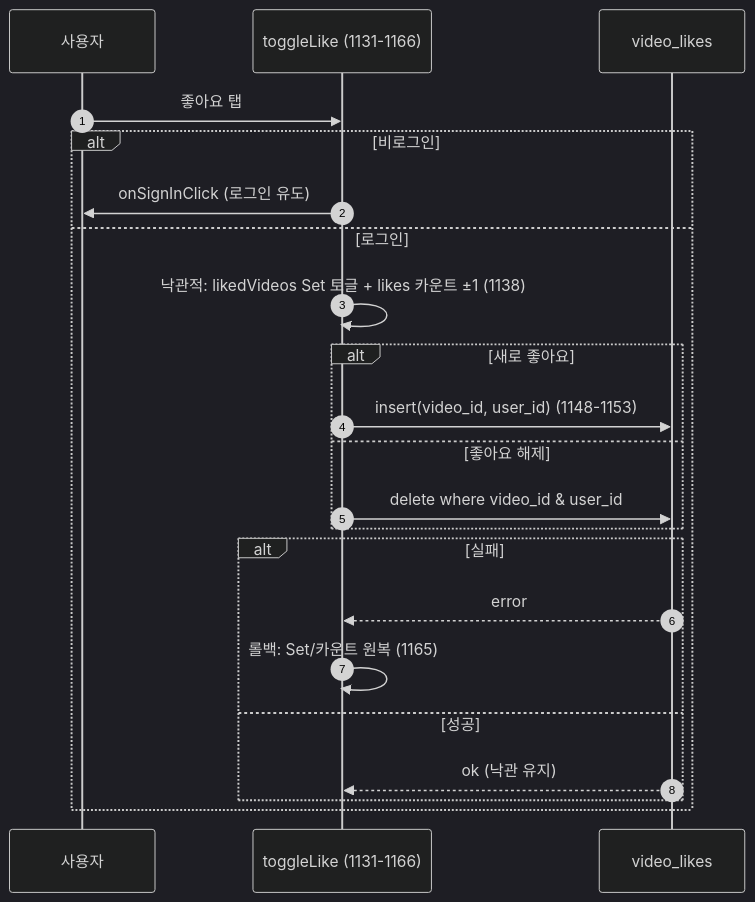
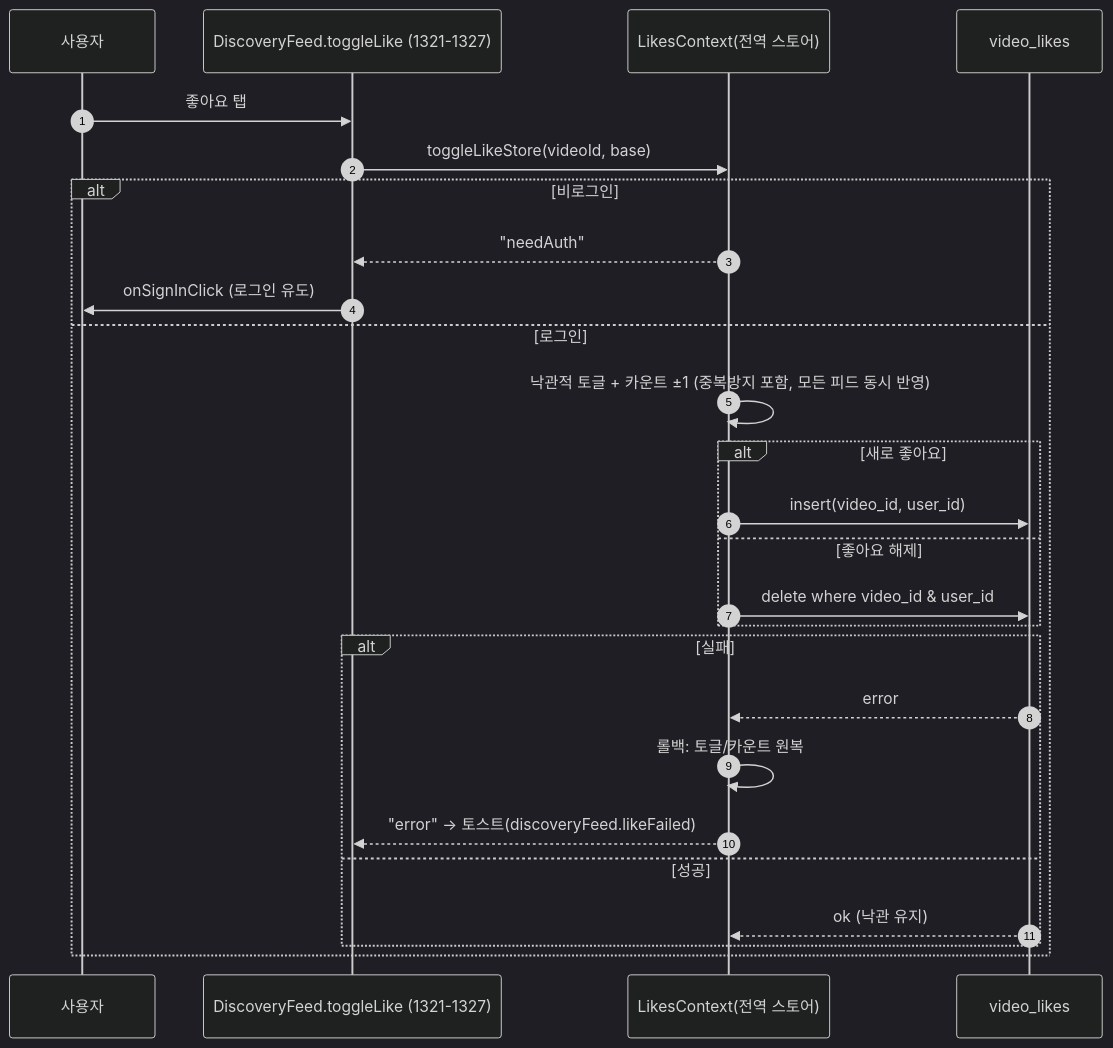
Before and after one commit to crebiz-commits/ai-v-market: the sixth of 6 diagrams in docs/prd/02-home-feed.md, drawn with Mermaid (dark theme). The commit also changed other lines of this file and 10 other files, not shown here.

````diff
--- a/docs/prd/02-home-feed.md
+++ b/docs/prd/02-home-feed.md
@@ -542,25 +560,29 @@
 ```mermaid
 sequenceDiagram
     autonumber
     participant U as 사용자
-    participant DF as toggleLike (1131-1166)
+    participant DF as DiscoveryFeed.toggleLike (1321-1327)
+    participant LC as LikesContext(전역 스토어)
     participant SB as video_likes
 
     U->>DF: 좋아요 탭
+    DF->>LC: toggleLikeStore(videoId, base)
     alt 비로그인
+        LC-->>DF: "needAuth"
         DF->>U: onSignInClick (로그인 유도)
     else 로그인
-        DF->>DF: 낙관적: likedVideos Set 토글 + likes 카운트 ±1 (1138)
+        LC->>LC: 낙관적 토글 + 카운트 ±1 (중복방지 포함, 모든 피드 동시 반영)
         alt 새로 좋아요
-            DF->>SB: insert(video_id, user_id) (1148-1153)
+            LC->>SB: insert(video_id, user_id)
         else 좋아요 해제
-            DF->>SB: delete where video_id & user_id
+            LC->>SB: delete where video_id & user_id
         end
         alt 실패
-            SB-->>DF: error
-            DF->>DF: 롤백: Set/카운트 원복 (1165)
+            SB-->>LC: error
+            LC->>LC: 롤백: 토글/카운트 원복
+            LC-->>DF: "error" → 토스트(discoveryFeed.likeFailed)
         else 성공
-            SB-->>DF: ok (낙관 유지)
+            SB-->>LC: ok (낙관 유지)
         end
     end
 ```
````
